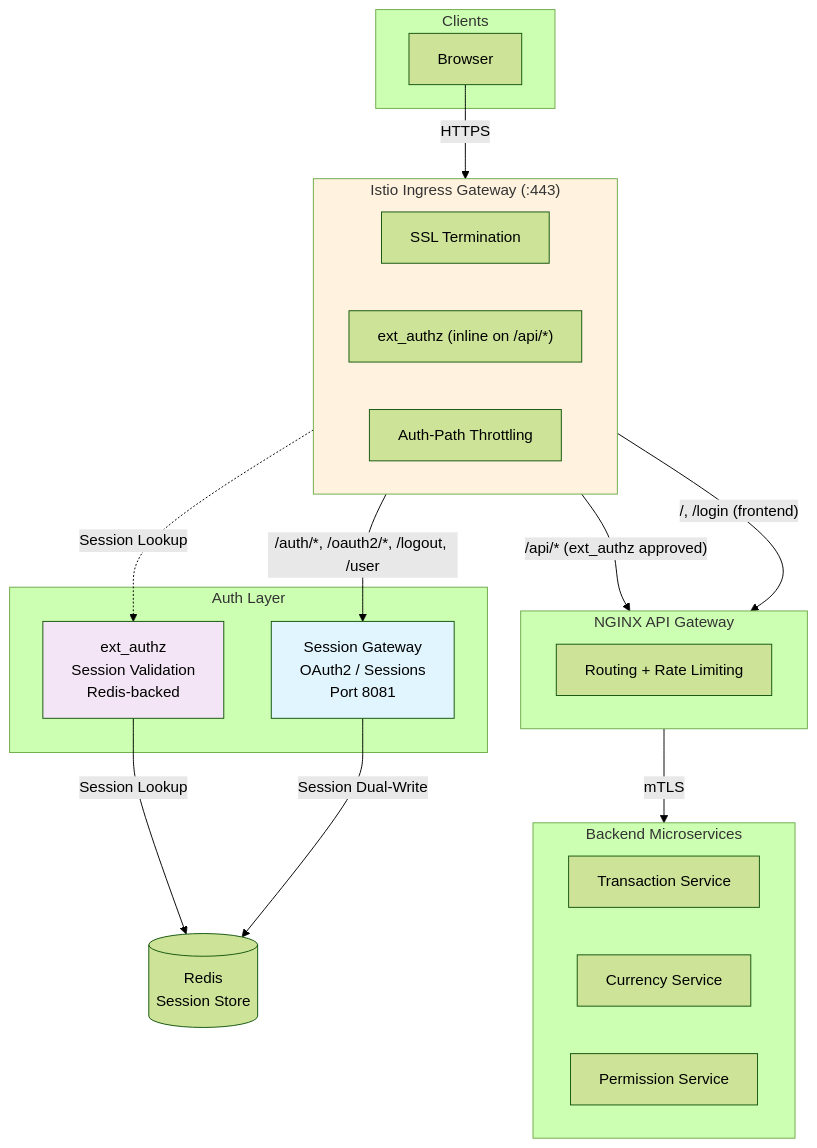
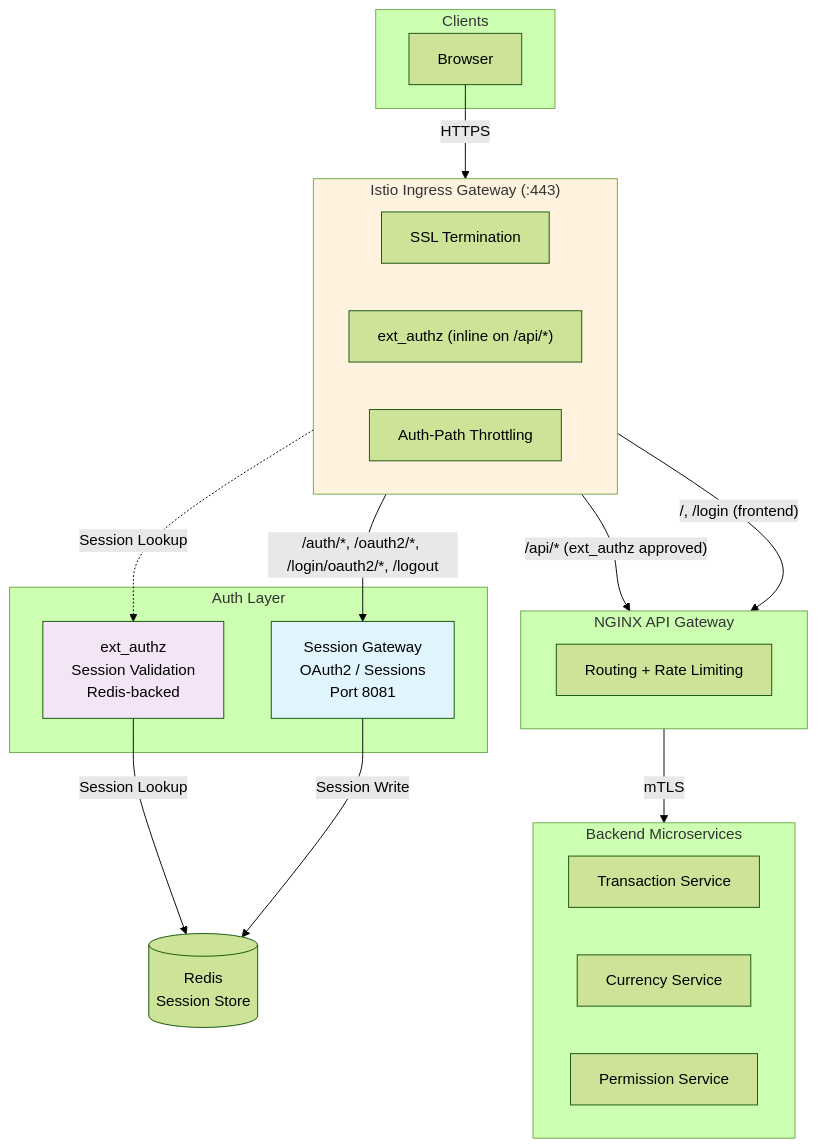
The diagram in profile/README.md (budgetanalyzer/.github), drawn with Mermaid (forest theme) before and after one commit. The commit also changed other lines of this file, not shown here.

Commit message:
update session functionality

````diff
--- a/profile/README.md
+++ b/profile/README.md
@@ -64,44 +64,44 @@
 ```mermaid
 flowchart TB
     subgraph Clients
         Browser[Browser]
     end
 
     subgraph Ingress["Istio Ingress Gateway (:443)"]
         direction LR
         SSL[SSL Termination]
         EXT["ext_authz (inline on /api/*)"]
         THROTTLE[Auth-Path Throttling]
     end
 
     subgraph Auth["Auth Layer"]
         SG[Session Gateway<br/>OAuth2 / Sessions<br/>Port 8081]
         EA[ext_authz<br/>Session Validation<br/>Redis-backed]
     end
 
     subgraph Routing["NGINX API Gateway"]
         direction LR
         ROUTE[Routing + Rate Limiting]
     end
 
     subgraph Services["Backend Microservices"]
         TS[Transaction Service]
         CS[Currency Service]
         PS[Permission Service]
     end
 
     Redis[(Redis<br/>Session Store)]
 
     Browser -->|HTTPS| Ingress
-    Ingress -->|"/auth/*, /oauth2/*, /logout, /user"| SG
+    Ingress -->|"/auth/*, /oauth2/*, /login/oauth2/*, /logout"| SG
     Ingress -->|"/api/* (ext_authz approved)"| Routing
     Ingress -->|"/, /login (frontend)"| Routing
     EXT -.->|Session Lookup| EA
     EA -->|Session Lookup| Redis
-    SG -->|Session Dual-Write| Redis
+    SG -->|Session Write| Redis
     Routing -->|mTLS| Services
 
     style SG fill:#e1f5fe
     style EA fill:#f3e5f5
     style Ingress fill:#fff3e0
 ```
````
